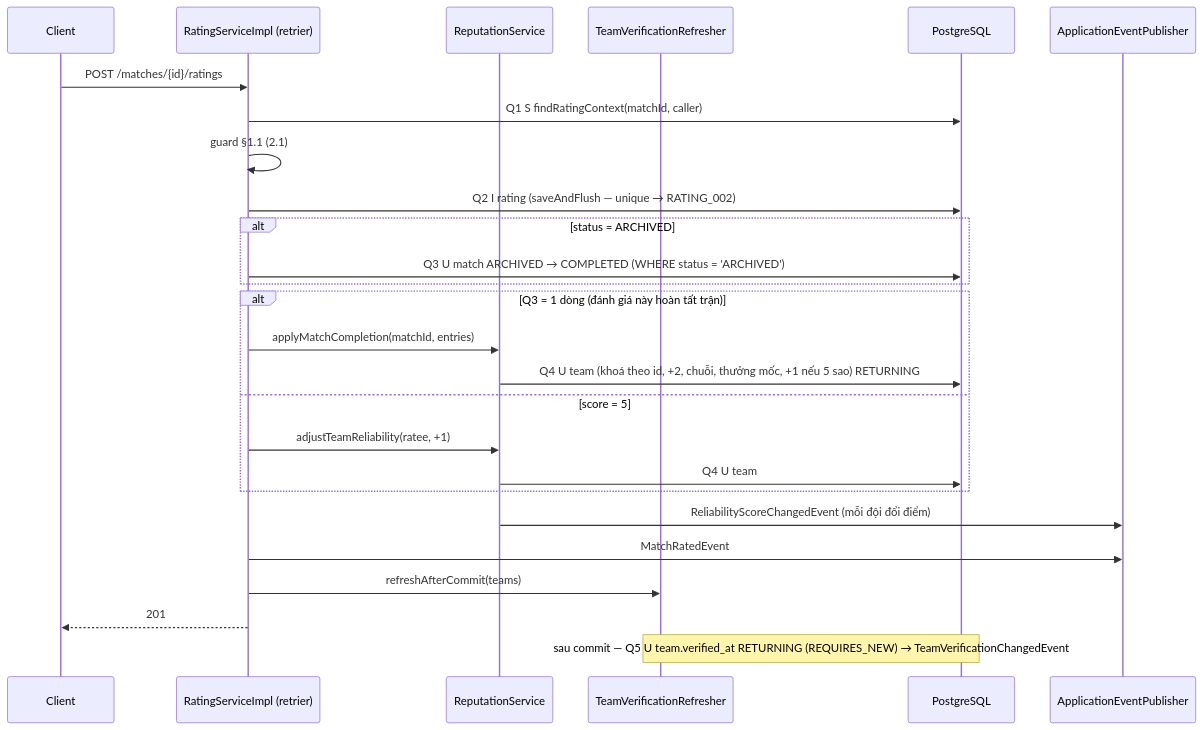
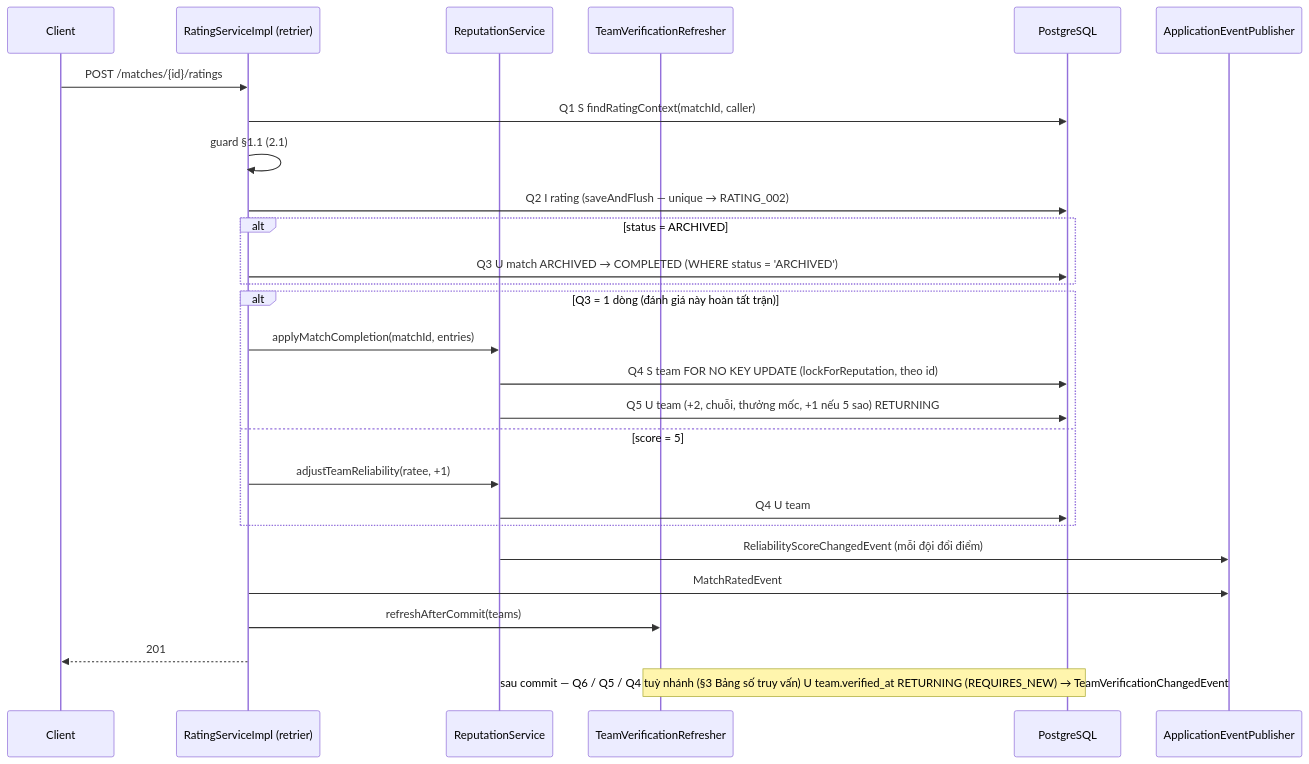
One commit to phananh2005/ArenaFlow-be changed the first of 2 diagrams in docs/agent/design/REPUTATION-001/Processing_Flow.md. Above: the diagram before and after it, drawn with Mermaid. The commit also changed other lines of this file and 123 other files, not shown here.

First line of the commit message:
feat(REPUTATION-001): match ratings, team reports and disputes, team reputation and verification badge (V9) (#89)

````diff
--- a/docs/agent/design/REPUTATION-001/Processing_Flow.md
+++ b/docs/agent/design/REPUTATION-001/Processing_Flow.md
@@ -35,28 +35,29 @@
 ```mermaid
 sequenceDiagram
     participant C as Client
     participant S as RatingServiceImpl (retrier)
     participant RP as ReputationService
     participant VR as TeamVerificationRefresher
     participant DB as PostgreSQL
     participant EP as ApplicationEventPublisher
     C->>S: POST /matches/{id}/ratings
     S->>DB: Q1 S findRatingContext(matchId, caller)
     S->>S: guard §1.1 (2.1)
     S->>DB: Q2 I rating (saveAndFlush — unique → RATING_002)
     alt status = ARCHIVED
         S->>DB: Q3 U match ARCHIVED → COMPLETED (WHERE status = 'ARCHIVED')
     end
     alt Q3 = 1 dòng (đánh giá này hoàn tất trận)
         S->>RP: applyMatchCompletion(matchId, entries)
-        RP->>DB: Q4 U team (khoá theo id, +2, chuỗi, thưởng mốc, +1 nếu 5 sao) RETURNING
+        RP->>DB: Q4 S team FOR NO KEY UPDATE (lockForReputation, theo id)
+        RP->>DB: Q5 U team (+2, chuỗi, thưởng mốc, +1 nếu 5 sao) RETURNING
     else score = 5
         S->>RP: adjustTeamReliability(ratee, +1)
         RP->>DB: Q4 U team
     end
     RP->>EP: ReliabilityScoreChangedEvent (mỗi đội đổi điểm)
     S->>EP: MatchRatedEvent
     S->>VR: refreshAfterCommit(teams)
     S-->>C: 201
-    Note over VR,DB: sau commit — Q5 U team.verified_at RETURNING (REQUIRES_NEW) → TeamVerificationChangedEvent
+    Note over VR,DB: sau commit — Q6 / Q5 / Q4 tuỳ nhánh (§3 Bảng số truy vấn) U team.verified_at RETURNING (REQUIRES_NEW) → TeamVerificationChangedEvent
 ```
````
